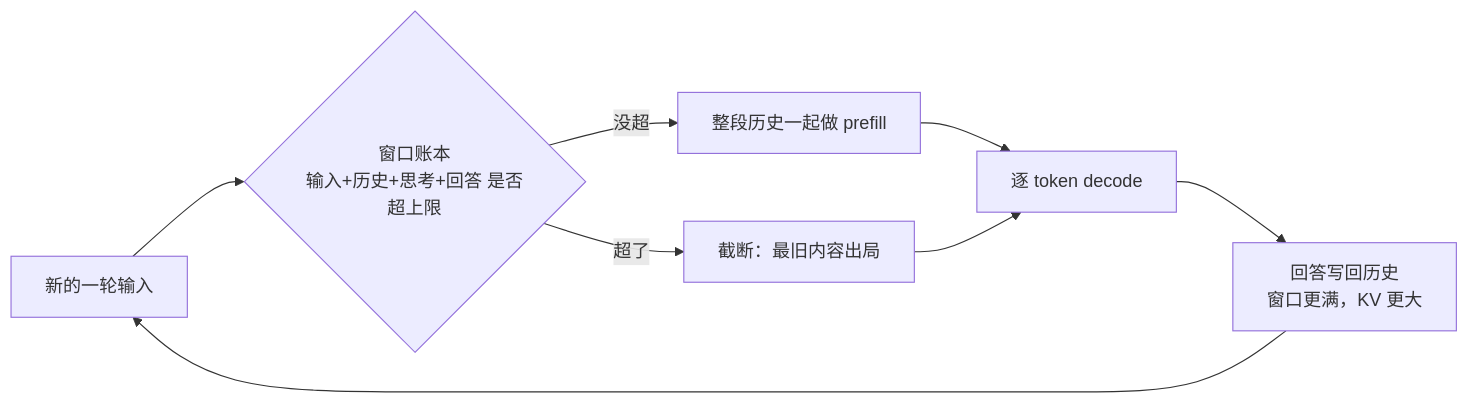
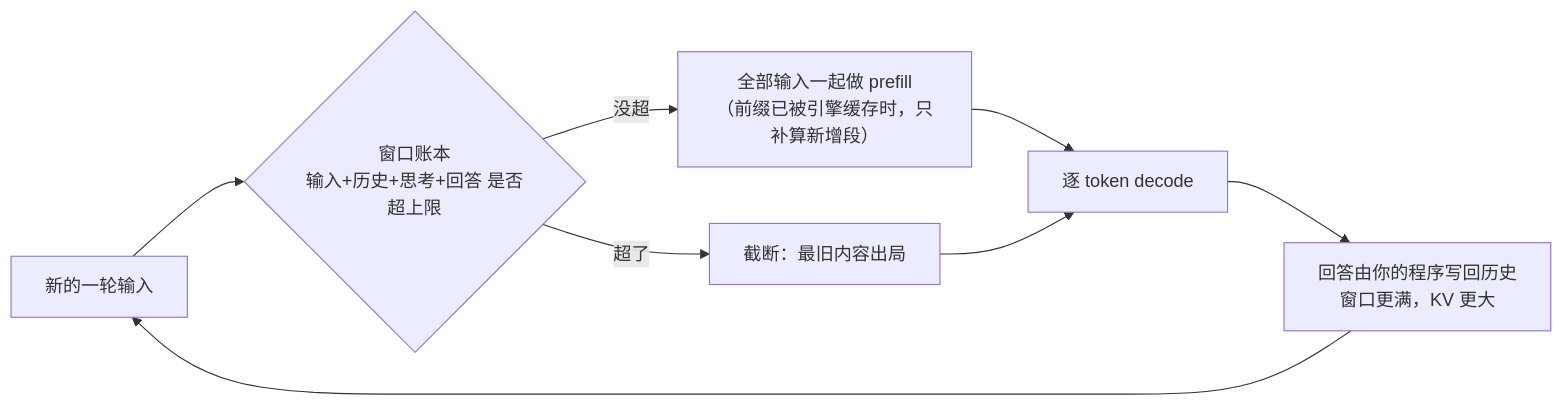
One commit to Bahtya/llm-learning changed the diagram in content-v2/part1/1-4.md. Above: the diagram before and after it, drawn with Mermaid. The commit also changed other lines of this file and 39 other files, not shown here.

````diff
--- a/content-v2/part1/1-4.md
+++ b/content-v2/part1/1-4.md
@@ -17,10 +17,10 @@
 ```mermaid
 graph LR
     A[新的一轮输入] --> B{窗口账本<br/>输入+历史+思考+回答 是否超上限}
-    B -- 没超 --> C[整段历史一起做 prefill]
+    B -- 没超 --> C["全部输入一起做 prefill<br/>（前缀已被引擎缓存时，只补算新增段）"]
     B -- 超了 --> D[截断：最旧内容出局]
     C --> E[逐 token decode]
     D --> E
-    E --> F[回答写回历史<br/>窗口更满，KV 更大]
+    E --> F["回答由你的程序写回历史<br/>窗口更满，KV 更大"]
     F --> A
 ```
````
